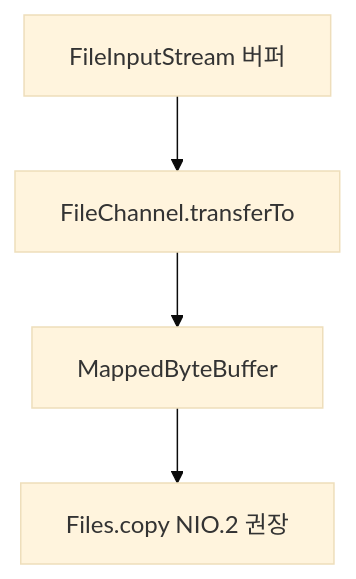
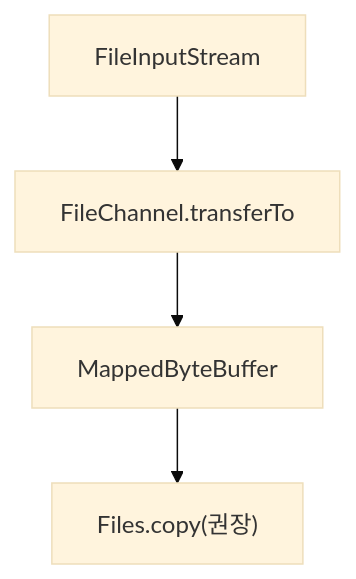
Before and after one commit to yjkim2015/yjkim2015.github.io: the tenth of 11 diagrams in _posts/java/2026-05-01-java-io.md, drawn with Mermaid (base theme). The commit also changed other lines of this file and 48 other files, not shown here.

First line of the commit message:
Mermaid 최종 47건 수정: participant/노드/줄수/라벨 전부 기준 이하

````diff
--- a/_posts/java/2026-05-01-java-io.md
+++ b/_posts/java/2026-05-01-java-io.md
@@ -785,6 +785,6 @@
 ```mermaid
 graph TD
-    M1["FileInputStream 버퍼"] --> M2["FileChannel.transferTo"]
+    M1["FileInputStream"] --> M2["FileChannel.transferTo"]
     M2 --> M3["MappedByteBuffer"]
-    M3 --> M4["Files.copy NIO.2 권장"]
+    M3 --> M4["Files.copy(권장)"]
 ```
````
